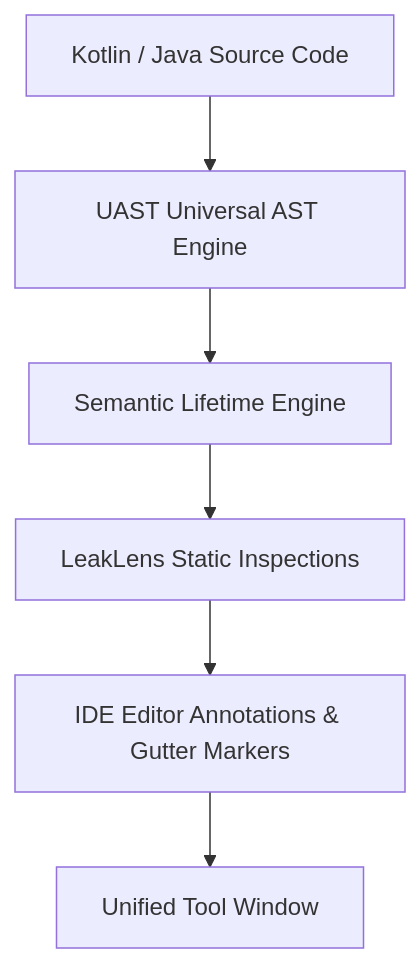
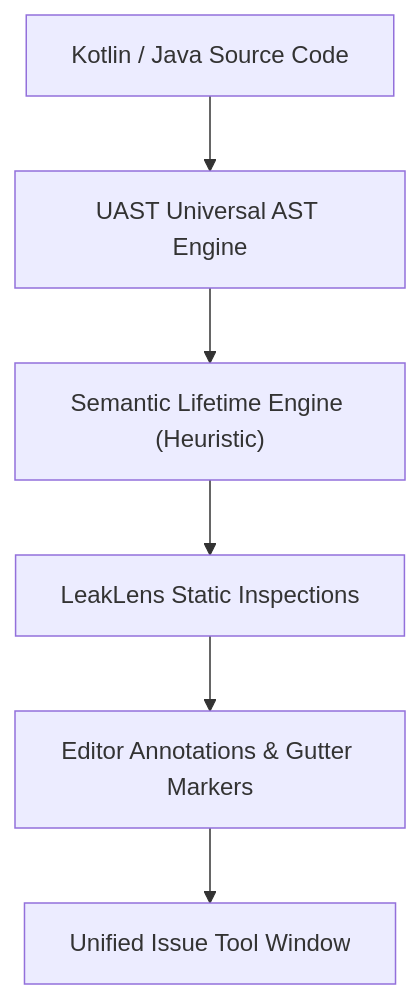
Before and after one commit to dev-vikas-soni/leak-lens: the first of 2 diagrams in README.md, drawn with Mermaid. The commit also changed other lines of this file and 6 other files, not shown here.

Commit message:
docs: clarify LeakLens analysis and privacy limitations

````diff
--- a/README.md
+++ b/README.md
@@ -39,8 +40,8 @@
 ```mermaid
 graph TD
-    Source[Kotlin / Java Source Code] --> UAST[UAST Universal AST Engine]
-    UAST --> LifetimeEngine[Semantic Lifetime Engine]
-    LifetimeEngine --> Inspections[LeakLens Static Inspections]
-    Inspections --> Diagnostics[IDE Editor Annotations & Gutter Markers]
-    Diagnostics --> Dashboard[Unified Tool Window]
+    Source["Kotlin / Java Source Code"] --> UAST["UAST Universal AST Engine"]
+    UAST --> LifetimeEngine["Semantic Lifetime Engine (Heuristic)"]
+    LifetimeEngine --> Inspections["LeakLens Static Inspections"]
+    Inspections --> Diagnostics["Editor Annotations & Gutter Markers"]
+    Diagnostics --> Dashboard["Unified Issue Tool Window"]
 ```
````
